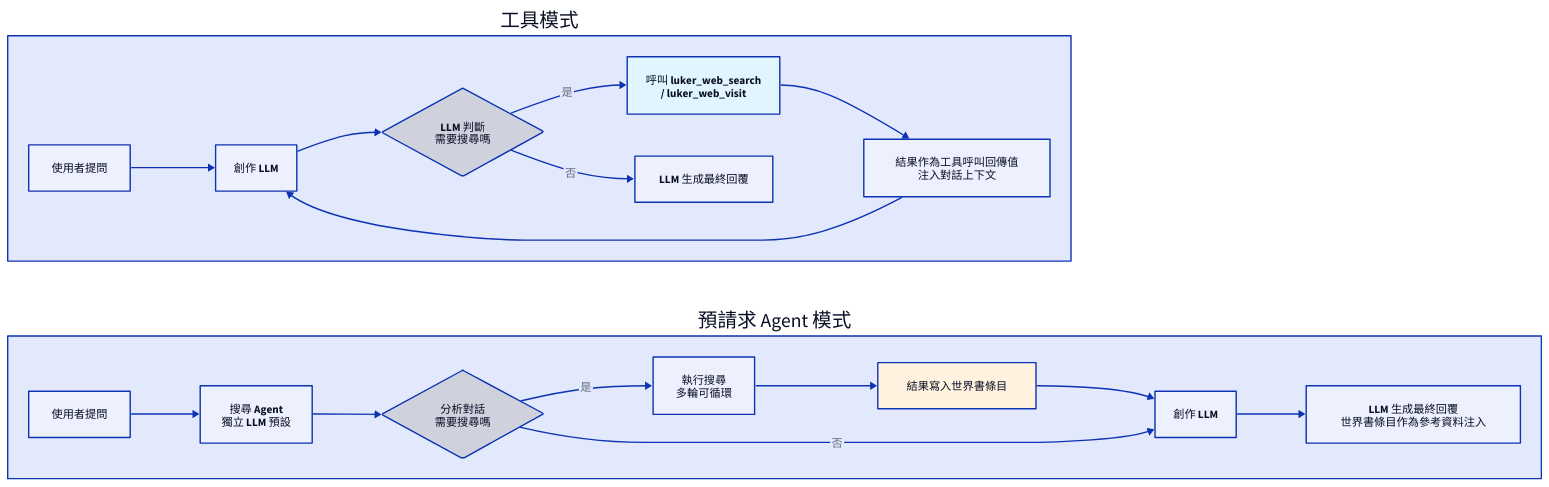
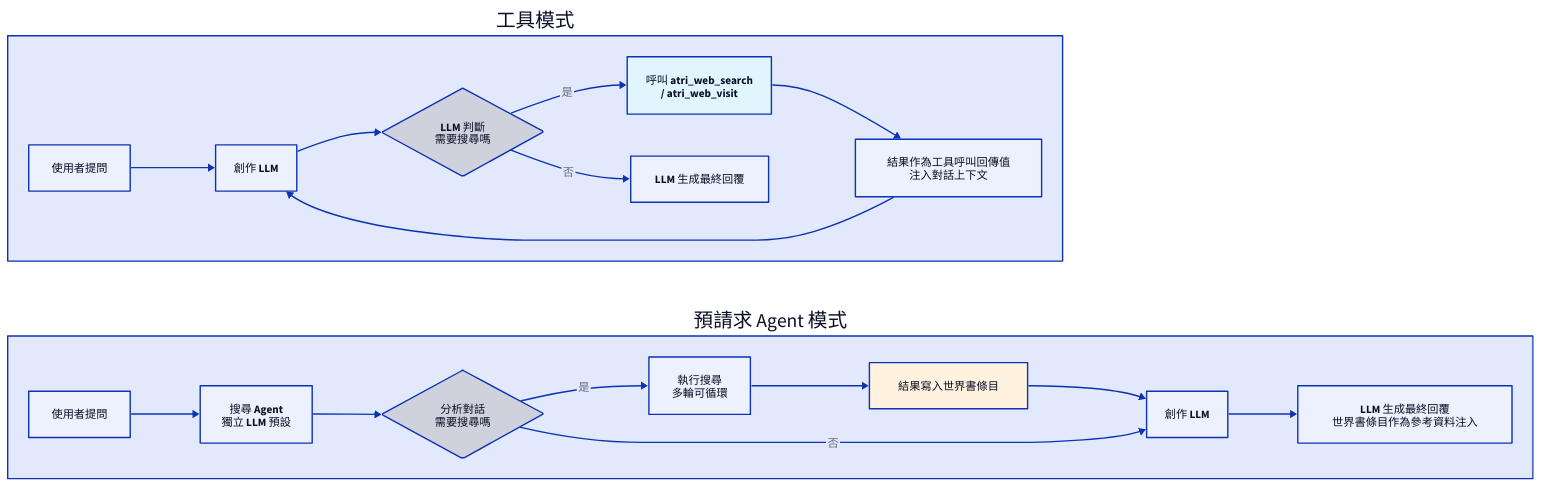
One commit to ZZZdragondYNGPHX/Atria changed the diagram in docs/zh-TW/features/search-tools.md. Above: the diagram before and after it, drawn with D2. The commit also changed other lines of this file and 1235 other files, not shown here.

````diff
--- a/docs/zh-TW/features/search-tools.md
+++ b/docs/zh-TW/features/search-tools.md
@@ -7,41 +7,41 @@
 ```d2
 direction: right
 
 TOOL: "工具模式" {
   T_USER: "使用者提問"
   T_LLM: "創作 LLM"
   T_DECIDE: "LLM 判斷\n需要搜尋嗎" {
     shape: diamond
   }
-  T_TOOL: "呼叫 luker_web_search\n/ luker_web_visit" {
+  T_TOOL: "呼叫 atri_web_search\n/ atri_web_visit" {
     style.fill: "#e1f5ff"
   }
   T_RESULT: "結果作為工具呼叫回傳值\n注入對話上下文"
   T_FINAL: "LLM 生成最終回覆"
 
   T_USER -> T_LLM -> T_DECIDE
   T_DECIDE -> T_TOOL: "是"
   T_TOOL -> T_RESULT
   T_RESULT -> T_LLM
   T_DECIDE -> T_FINAL: "否"
 }
 
 AGENT: "預請求 Agent 模式" {
   A_USER: "使用者提問"
   A_AGENT: "搜尋 Agent\n獨立 LLM 預設"
   A_DECIDE: "分析對話\n需要搜尋嗎" {
     shape: diamond
   }
   A_SEARCH: "執行搜尋\n多輪可循環"
   A_WRITE: "結果寫入世界書條目" {
     style.fill: "#fff3e0"
   }
   A_LLM: "創作 LLM"
   A_FINAL: "LLM 生成最終回覆\n世界書條目作為參考資料注入"
 
   A_USER -> A_AGENT -> A_DECIDE
   A_DECIDE -> A_SEARCH: "是"
   A_SEARCH -> A_WRITE -> A_LLM -> A_FINAL
   A_DECIDE -> A_LLM: "否"
 }
 ```
````
